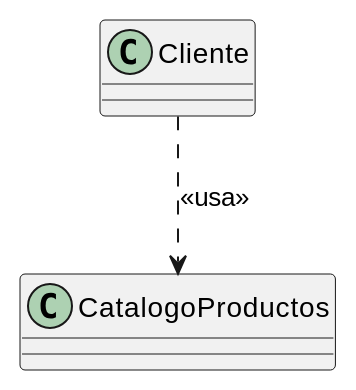
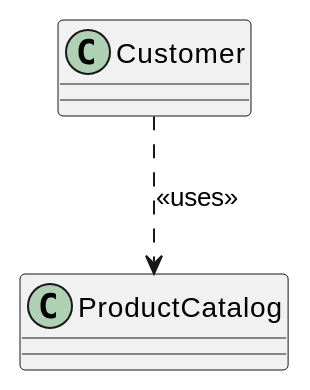
Before and after one commit to jcg-admin/IACT-docs: the fourth of 7 diagrams in source/base-cognitiva/_uml/uml-02-orientacion-objetos/tipos-de-asociaciones.rst, drawn with PlantUML. The commit also changed other lines of this file and 4 other files, not shown here.

```diff
--- a/source/base-cognitiva/_uml/uml-02-orientacion-objetos/tipos-de-asociaciones.rst
+++ b/source/base-cognitiva/_uml/uml-02-orientacion-objetos/tipos-de-asociaciones.rst
@@ -145,8 +145,8 @@
 .. uml::
 
    @startuml
 
-   class Cliente
-   class CatalogoProductos
-   Cliente ..> CatalogoProductos : <<usa>>
+   class Customer
+   class ProductCatalog
+   Customer ..> ProductCatalog : <<uses>>
    @enduml
```
